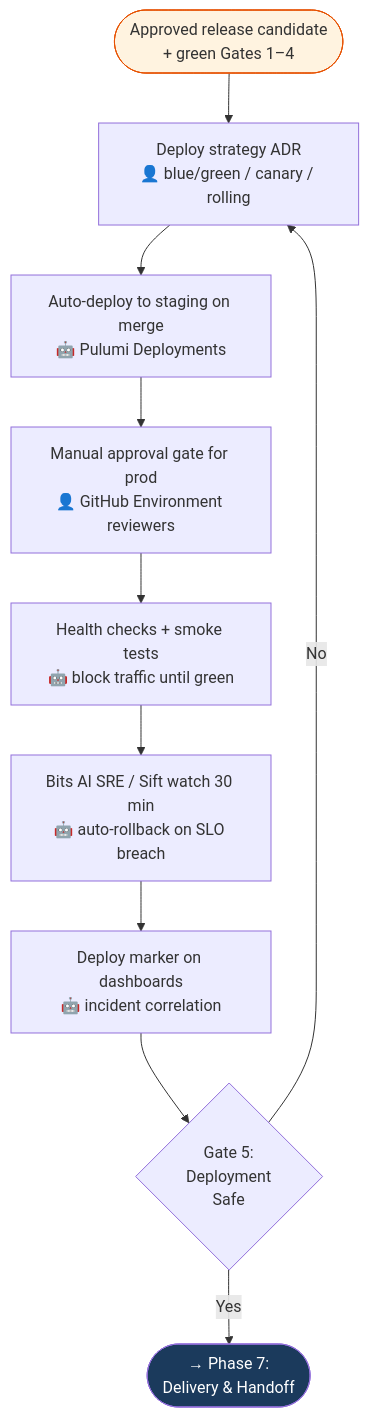
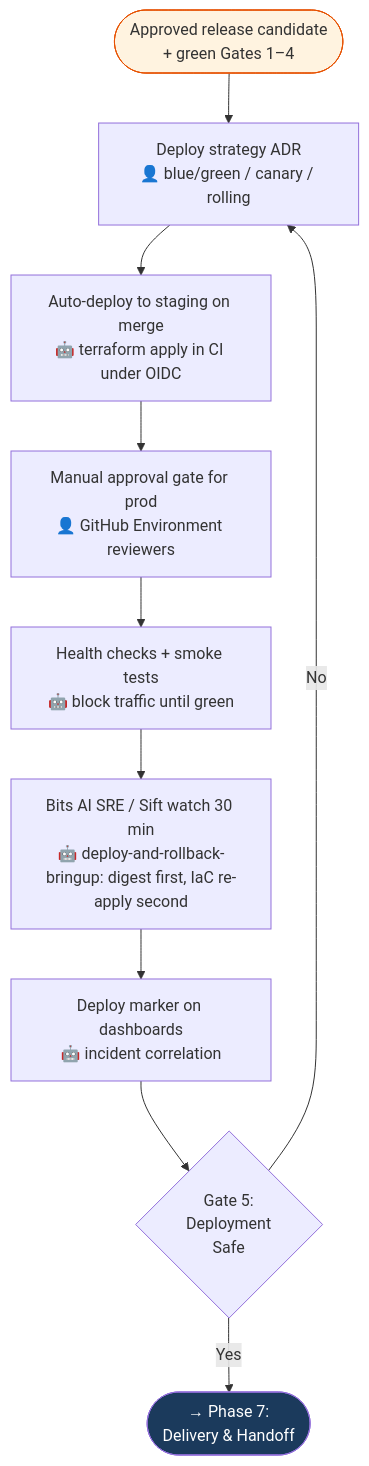
The ninth of 9 diagrams in aidlc-phases/06-cicd-devops/FLOWCHART.md (kalpat-allion/ai-dlc), drawn with Mermaid before and after one commit. The commit also changed other lines of this file and 39 other files, not shown here.

````diff
--- a/aidlc-phases/06-cicd-devops/FLOWCHART.md
+++ b/aidlc-phases/06-cicd-devops/FLOWCHART.md
@@ -233,16 +221,16 @@
 ```mermaid
 flowchart TD
     S7_IN([Approved release candidate<br/>+ green Gates 1–4]) --> DEPLOY
     DEPLOY[Deploy strategy ADR<br/>👤 blue/green / canary / rolling] --> AUTO_STAGING
-    AUTO_STAGING[Auto-deploy to staging on merge<br/>🤖 Pulumi Deployments] --> APPROVAL
+    AUTO_STAGING[Auto-deploy to staging on merge<br/>🤖 terraform apply in CI under OIDC] --> APPROVAL
     APPROVAL[Manual approval gate for prod<br/>👤 GitHub Environment reviewers] --> HEALTH
     HEALTH[Health checks + smoke tests<br/>🤖 block traffic until green] --> WATCH
-    WATCH[Bits AI SRE / Sift watch 30 min<br/>🤖 auto-rollback on SLO breach] --> MARKER
+    WATCH[Bits AI SRE / Sift watch 30 min<br/>🤖 deploy-and-rollback-bringup: digest first, IaC re-apply second] --> MARKER
     MARKER[Deploy marker on dashboards<br/>🤖 incident correlation] --> GATE5
     GATE5{Gate 5:<br/>Deployment<br/>Safe}
     GATE5 -- No --> DEPLOY
     GATE5 -- Yes --> HANDOFF([→ Phase 7:<br/>Delivery & Handoff])
 
     style S7_IN fill:#fff3e0,stroke:#E65100
     style HANDOFF fill:#1B3A5C,color:#fff
 ```
````
